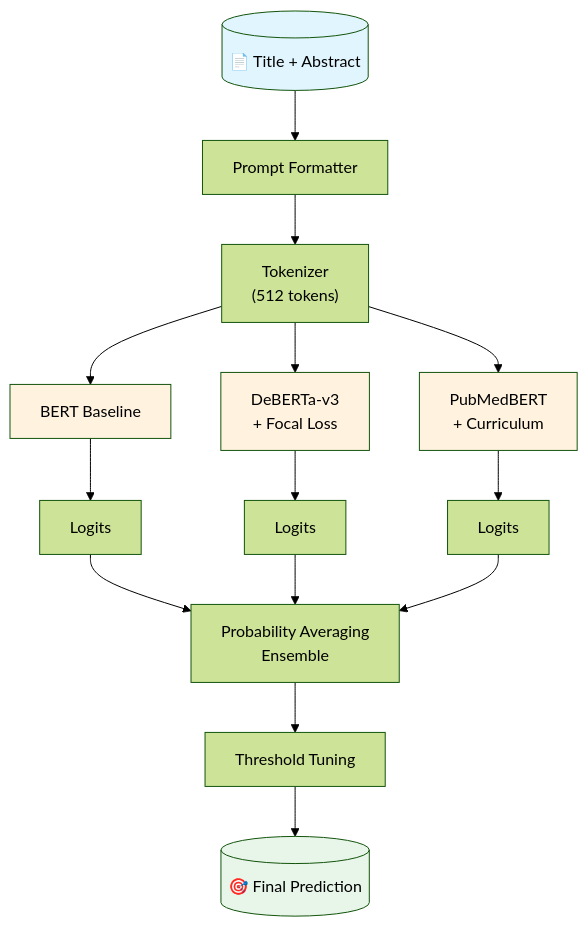
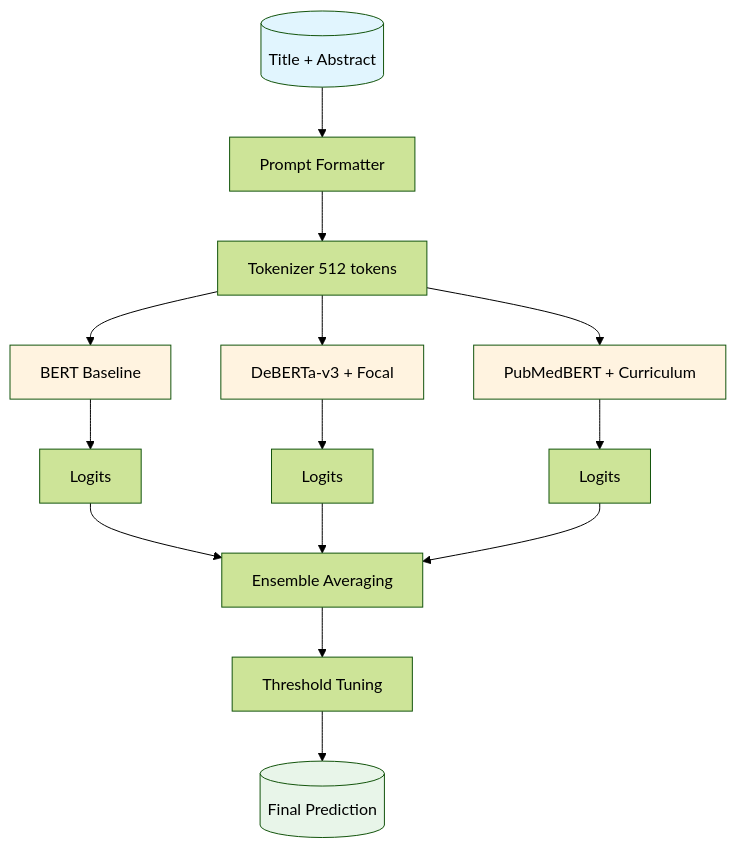
The third of 4 diagrams in _pages/projects.md (Mahim05078/mahim05078.github.io), drawn with Mermaid (forest theme) before and after one commit. The commit also changed other lines of this file, not shown here.

Commit message:
update Dec 25:5 - mermaid diagrams

```diff
--- a/_pages/projects.md
+++ b/_pages/projects.md
@@ -92,22 +92,22 @@
 <div class="mermaid">
 flowchart TD
-    A[("📄 Title + Abstract")] --> B["Prompt Formatter"]
-    B --> C["Tokenizer<br/>(512 tokens)"]
-    C --> D["BERT Baseline"]
-    C --> E["DeBERTa-v3<br/>+ Focal Loss"]
-    C --> F["PubMedBERT<br/>+ Curriculum"]
-    D --> G["Logits"]
-    E --> H["Logits"]
-    F --> I["Logits"]
-    G --> J["Probability Averaging<br/>Ensemble"]
+    A[(Title + Abstract)] --> B[Prompt Formatter]
+    B --> C[Tokenizer 512 tokens]
+    C --> D[BERT Baseline]
+    C --> E[DeBERTa-v3 + Focal]
+    C --> F[PubMedBERT + Curriculum]
+    D --> G[Logits]
+    E --> H[Logits]
+    F --> I[Logits]
+    G --> J[Ensemble Averaging]
     H --> J
     I --> J
-    J --> K["Threshold Tuning"]
-    K --> L[("🎯 Final Prediction")]
+    J --> K[Threshold Tuning]
+    K --> L[(Final Prediction)]
 
     style A fill:#e1f5fe
     style D fill:#fff3e0
     style E fill:#fff3e0
     style F fill:#fff3e0
     style L fill:#e8f5e9
 </div>
```
